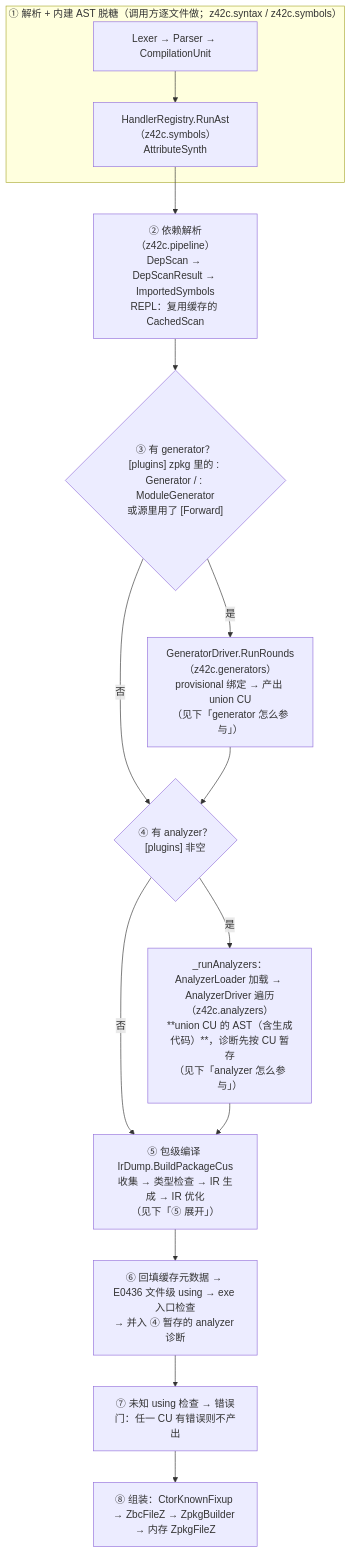
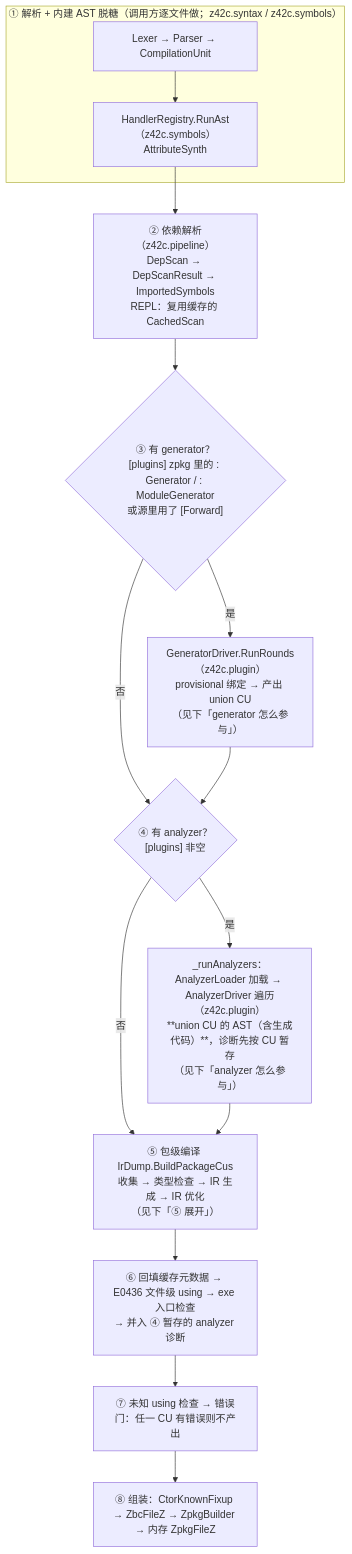
Before and after one commit to z42-lang/z42: the second of 4 diagrams in docs/internals/src/compiler/source-compile.md, drawn with Mermaid. The commit also changed 51 other files, not shown here.

Commit message:
refactor(z42c): 合并 z42c.analyzers + z42c.generators 为 z42c.plugin——一个包双命名空间，契约 FQN 不动（统一插件包战役收官）

````diff
--- a/docs/internals/src/compiler/source-compile.md
+++ b/docs/internals/src/compiler/source-compile.md
@@ -25,19 +25,19 @@
 ```mermaid
 flowchart TD
   subgraph S0["① 解析 + 内建 AST 脱糖（调用方逐文件做；z42c.syntax / z42c.symbols）"]
     P0[Lexer → Parser → CompilationUnit] --> RA["HandlerRegistry.RunAst（z42c.symbols）<br/>AttributeSynth"]
   end
   RA --> DEP["② 依赖解析（z42c.pipeline）<br/>DepScan → DepScanResult → ImportedSymbols<br/>REPL：复用缓存的 CachedScan"]
   DEP --> GATE{"③ 有 generator？<br/>[plugins] zpkg 里的 : Generator / : ModuleGenerator<br/>或源里用了 [Forward]"}
   GATE -->|否| AGATE
-  GATE -->|是| GEN["GeneratorDriver.RunRounds（z42c.generators）<br/>provisional 绑定 → 产出 union CU<br/>（见下「generator 怎么参与」）"]
+  GATE -->|是| GEN["GeneratorDriver.RunRounds（z42c.plugin）<br/>provisional 绑定 → 产出 union CU<br/>（见下「generator 怎么参与」）"]
   GEN --> AGATE
   AGATE{"④ 有 analyzer？<br/>[plugins] 非空"}
   AGATE -->|否| BIND
-  AGATE -->|是| AN["_runAnalyzers：AnalyzerLoader 加载 → AnalyzerDriver 遍历（z42c.analyzers）<br/>**union CU 的 AST（含生成代码）**，诊断先按 CU 暂存<br/>（见下「analyzer 怎么参与」）"]
+  AGATE -->|是| AN["_runAnalyzers：AnalyzerLoader 加载 → AnalyzerDriver 遍历（z42c.plugin）<br/>**union CU 的 AST（含生成代码）**，诊断先按 CU 暂存<br/>（见下「analyzer 怎么参与」）"]
   AN --> BIND
   BIND["⑤ 包级编译 IrDump.BuildPackageCus<br/>收集 → 类型检查 → IR 生成 → IR 优化<br/>（见下「⑤ 展开」）"]
   BIND --> POST["⑥ 回填缓存元数据 → E0436 文件级 using → exe 入口检查<br/>→ 并入 ④ 暂存的 analyzer 诊断"]
   POST --> TAIL["⑦ 未知 using 检查 → 错误门：任一 CU 有错误则不产出"]
   TAIL --> ASM["⑧ 组装：CtorKnownFixup → ZbcFileZ → ZpkgBuilder → 内存 ZpkgFileZ"]
 ```
````
